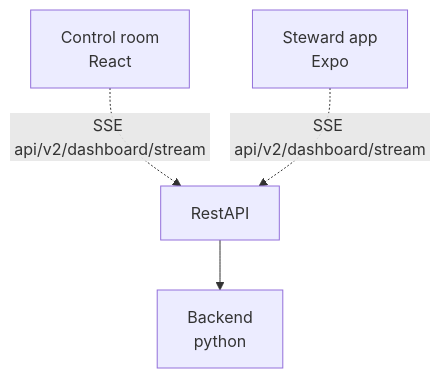
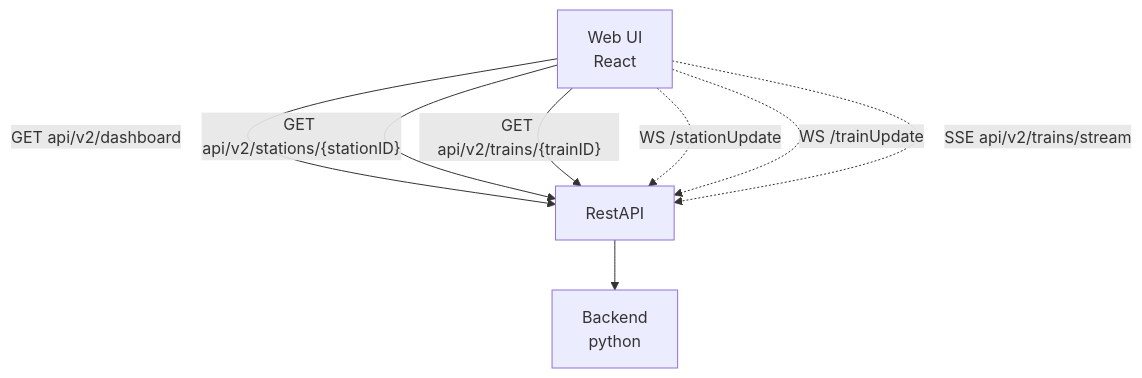
The diagram in contracts/api/v2/positioning-interface/README.md (aau-cph-sw5/case-b-manning-patrol), drawn with Mermaid before and after one commit. The commit also changed other lines of this file and 2 other files, not shown here.

````diff
--- a/contracts/api/v2/positioning-interface/README.md
+++ b/contracts/api/v2/positioning-interface/README.md
@@ -7,6 +7,10 @@
 ```mermaid
 graph TD
-    WebUI[Control room\nReact] -.->|"SSE api/v2/dashboard/stream"| RestAPI
-    Android[Steward app\nExpo] -.->|"SSE api/v2/dashboard/stream"| RestAPI
+    WebUI[Web UI\nReact] -->|"GET api/v2/dashboard"| RestAPI
+    WebUI -->|"GET api/v2/stations/{stationID}"| RestAPI
+    WebUI -->|"GET api/v2/trains/{trainID}"| RestAPI
+    WebUI -.->|"WS /stationUpdate"| RestAPI
+    WebUI -.->|"WS /trainUpdate"| RestAPI
+    WebUI -.->|"SSE api/v2/trains/stream"| RestAPI
     RestAPI[RestAPI] --> Backend[Backend\npython]
 ```
````
